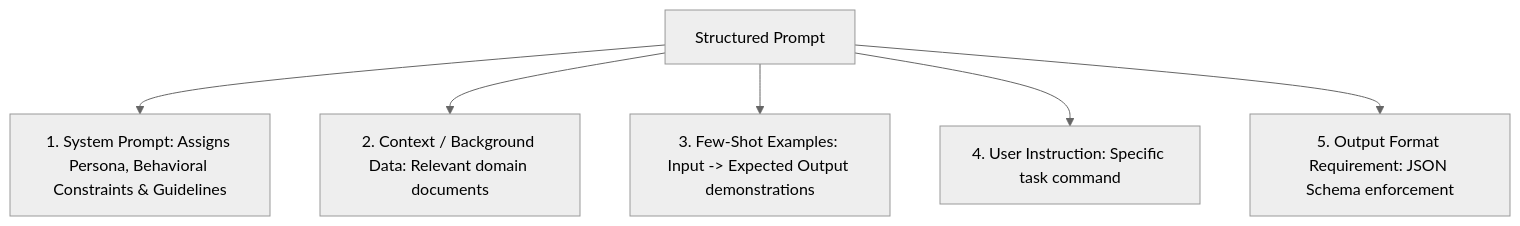
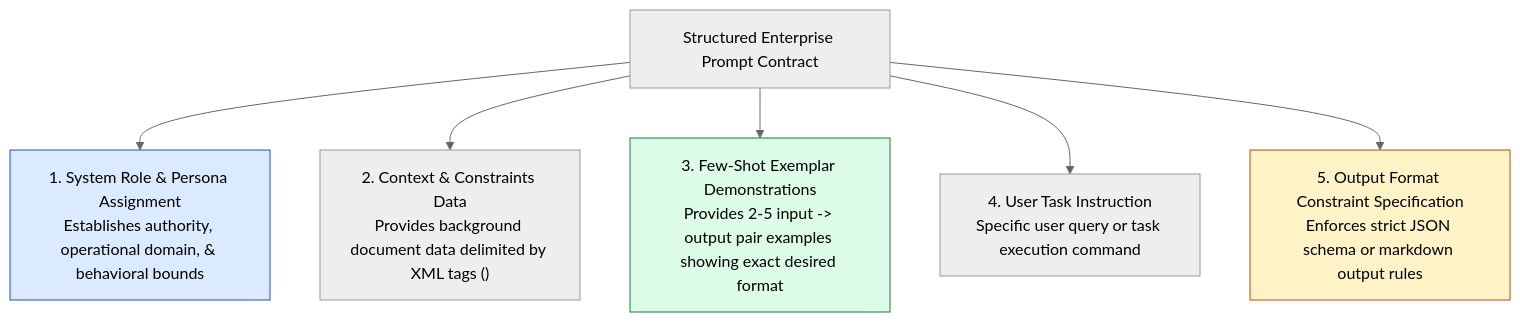
Before and after one commit to Amie-dev/engineering-playbook: the first of 3 diagrams in agentic-ai-notes/00-foundations/03-prompt-engineering-basics.md, drawn with Mermaid (neutral theme). The commit also changed other lines of this file and 17 other files, not shown here.

Commit message:
Refactor observability and tracing documentation to enhance clarity and detail; expand Model Context Protocol (MCP) architecture with JSON-RPC primitives; update decision framework to emphasize architectural complexity and decision-making processes.

````diff
--- a/agentic-ai-notes/00-foundations/03-prompt-engineering-basics.md
+++ b/agentic-ai-notes/00-foundations/03-prompt-engineering-basics.md
@@ -10,8 +13,16 @@
 ```mermaid
-graph TD
-    Prompt[Structured Prompt] --> System["1. System Prompt: Assigns Persona, Behavioral Constraints & Guidelines"]
-    Prompt --> Context["2. Context / Background Data: Relevant domain documents"]
-    Prompt --> FewShot["3. Few-Shot Examples: Input -> Expected Output demonstrations"]
-    Prompt --> UserInstruction["4. User Instruction: Specific task command"]
-    Prompt --> OutputFormat["5. Output Format Requirement: JSON Schema enforcement"]
+flowchart TD
+    PromptContract[Structured Enterprise Prompt Contract] --> SystemRole["1. System Role & Persona Assignment<br/>Establishes authority, operational domain, & behavioral bounds"]
+
+    PromptContract --> ContextData["2. Context & Constraints Data<br/>Provides background document data delimited by XML tags (<context>)"]
+
+    PromptContract --> FewShotExemplars["3. Few-Shot Exemplar Demonstrations<br/>Provides 2-5 input -> output pair examples showing exact desired format"]
+
+    PromptContract --> UserInstruction["4. User Task Instruction<br/>Specific user query or task execution command"]
+
+    PromptContract --> OutputSchema["5. Output Format Constraint Specification<br/>Enforces strict JSON schema or markdown output rules"]
+
+    style SystemRole fill:#dbeafe,stroke:#1d4ed8
+    style FewShotExemplars fill:#dcfce7,stroke:#15803d
+    style OutputSchema fill:#fef3c7,stroke:#b45309
 ```
````
